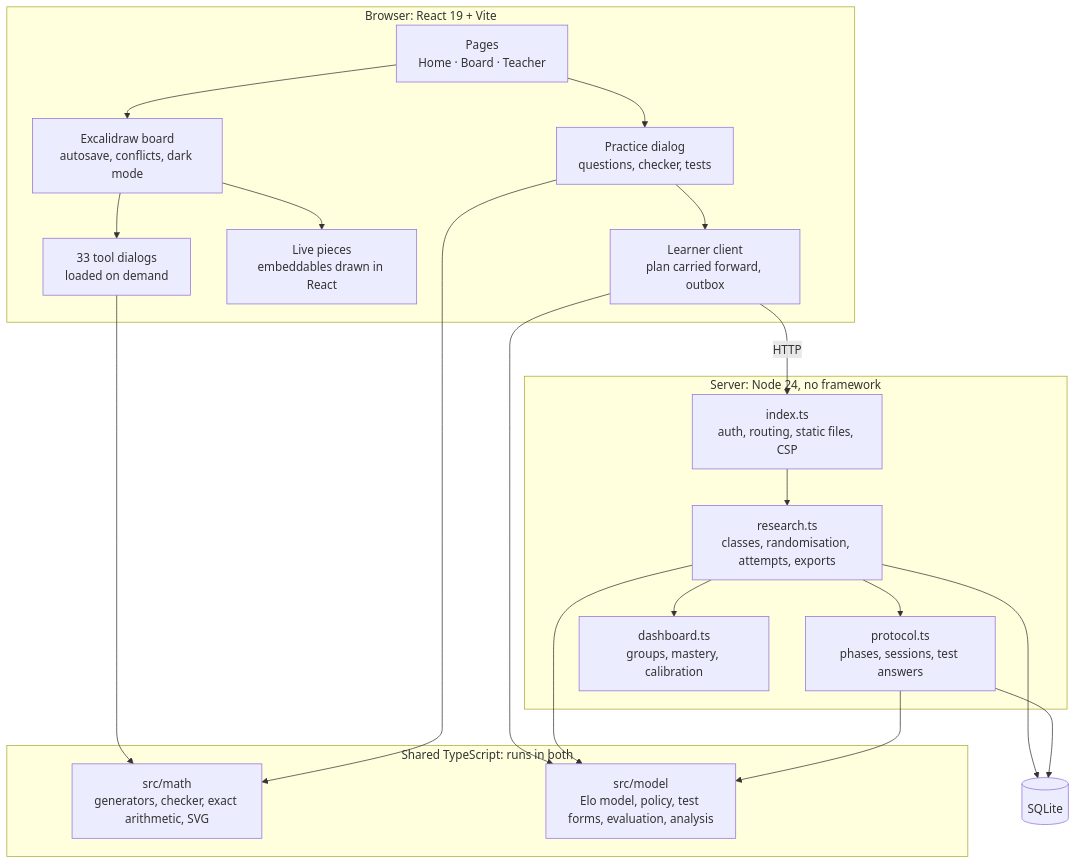
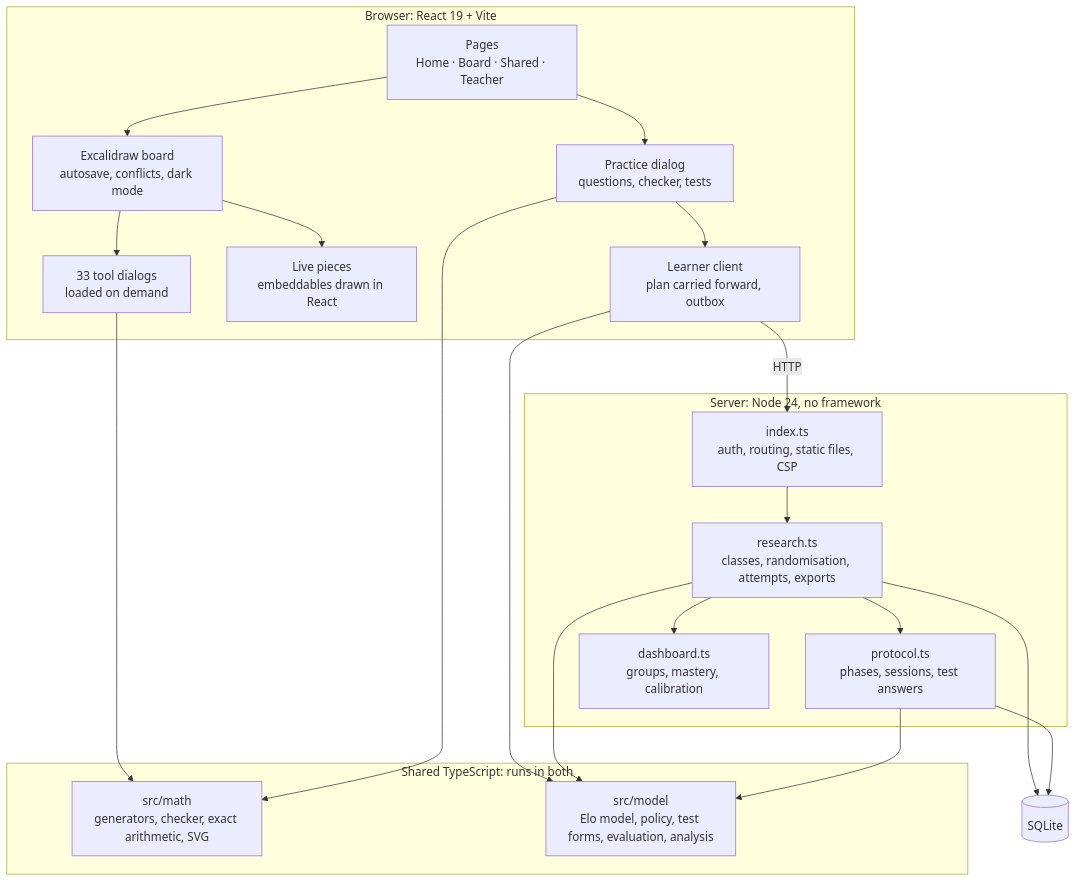
The second of 5 diagrams in docs/architecture.md (DavidTbilisi/zeno-math), drawn with Mermaid before and after one commit. The commit also changed 26 other files, not shown here.

````diff
--- a/docs/architecture.md
+++ b/docs/architecture.md
@@ -34,33 +34,33 @@
 ```mermaid
 flowchart TB
   subgraph browser [Browser: React 19 + Vite]
-    pages[Pages<br/>Home · Board · Teacher]
+    pages[Pages<br/>Home · Board · Shared · Teacher]
     board[Excalidraw board<br/>autosave, conflicts, dark mode]
     tools[33 tool dialogs<br/>loaded on demand]
     live[Live pieces<br/>embeddables drawn in React]
     practice[Practice dialog<br/>questions, checker, tests]
     learnerC[Learner client<br/>plan carried forward, outbox]
   end
   subgraph shared [Shared TypeScript: runs in both]
     math[src/math<br/>generators, checker, exact arithmetic, SVG]
     model[src/model<br/>Elo model, policy, test forms, evaluation, analysis]
   end
   subgraph server [Server: Node 24, no framework]
     router[index.ts<br/>auth, routing, static files, CSP]
     research[research.ts<br/>classes, randomisation, attempts, exports]
     protocol[protocol.ts<br/>phases, sessions, test answers]
     dash[dashboard.ts<br/>groups, mastery, calibration]
   end
   sqlite[(SQLite)]
   pages --> board --> tools & live
   pages --> practice --> learnerC
   tools --> math
   practice --> math
   learnerC --> model
   learnerC -- HTTP --> router
   router --> research --> protocol
   research --> dash
   research --> model
   protocol --> model
   research & protocol --> sqlite
 ```
````
